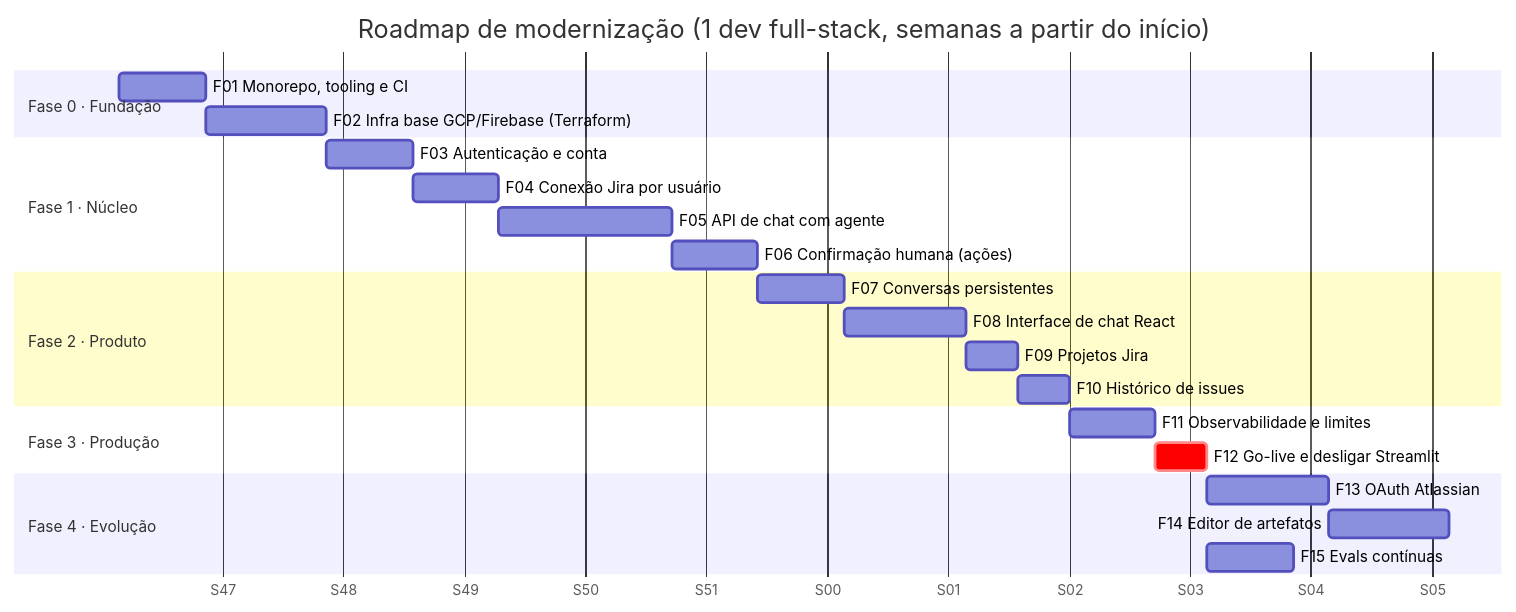
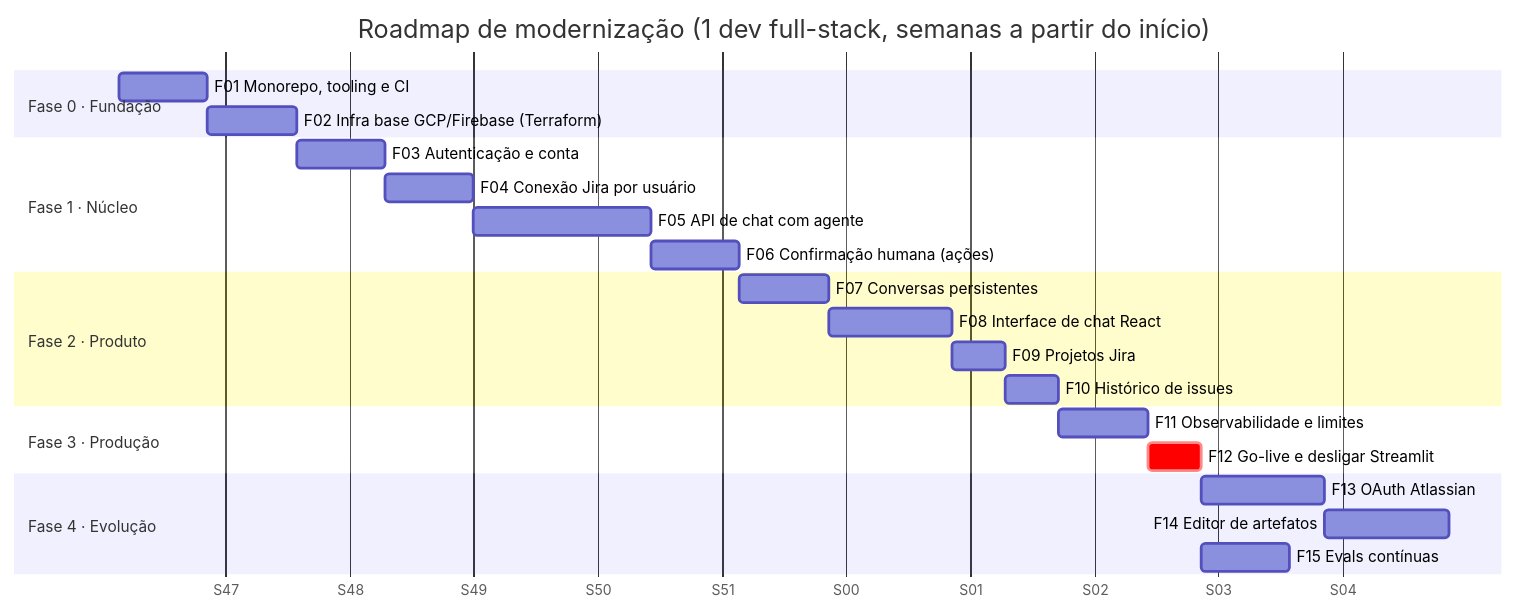
The first of 2 diagrams in specs/ROADMAP.md (micaelleos/FunctionalAgent), drawn with Mermaid before and after one commit. The commit also changed other lines of this file and 43 other files, not shown here.

````diff
--- a/specs/ROADMAP.md
+++ b/specs/ROADMAP.md
@@ -38,26 +38,26 @@
 ```mermaid
 gantt
     title Roadmap de modernização (1 dev full-stack, semanas a partir do início)
     dateFormat  YYYY-MM-DD
     axisFormat  S%W
     section Fase 0 · Fundação
     F01 Monorepo, tooling e CI            :f01, 2026-11-23, 5d
-    F02 Infra base GCP/Firebase (Terraform):f02, after f01, 7d
+    F02 Infra base GCP/Firebase (Terraform):f02, after f01, 5d
     section Fase 1 · Núcleo
     F03 Autenticação e conta               :f03, after f02, 5d
     F04 Conexão Jira por usuário           :f04, after f03, 5d
     F05 API de chat com agente             :f05, after f04, 10d
     F06 Confirmação humana (ações)         :f06, after f05, 5d
     section Fase 2 · Produto
     F07 Conversas persistentes             :f07, after f06, 5d
     F08 Interface de chat React            :f08, after f07, 7d
     F09 Projetos Jira                      :f09, after f08, 3d
     F10 Histórico de issues                :f10, after f09, 3d
     section Fase 3 · Produção
     F11 Observabilidade e limites          :f11, after f10, 5d
     F12 Go-live e desligar Streamlit       :crit, f12, after f11, 3d
     section Fase 4 · Evolução
     F13 OAuth Atlassian                    :f13, after f12, 7d
     F14 Editor de artefatos                :f14, after f13, 7d
     F15 Evals contínuas                    :f15, after f12, 5d
 ```
````
